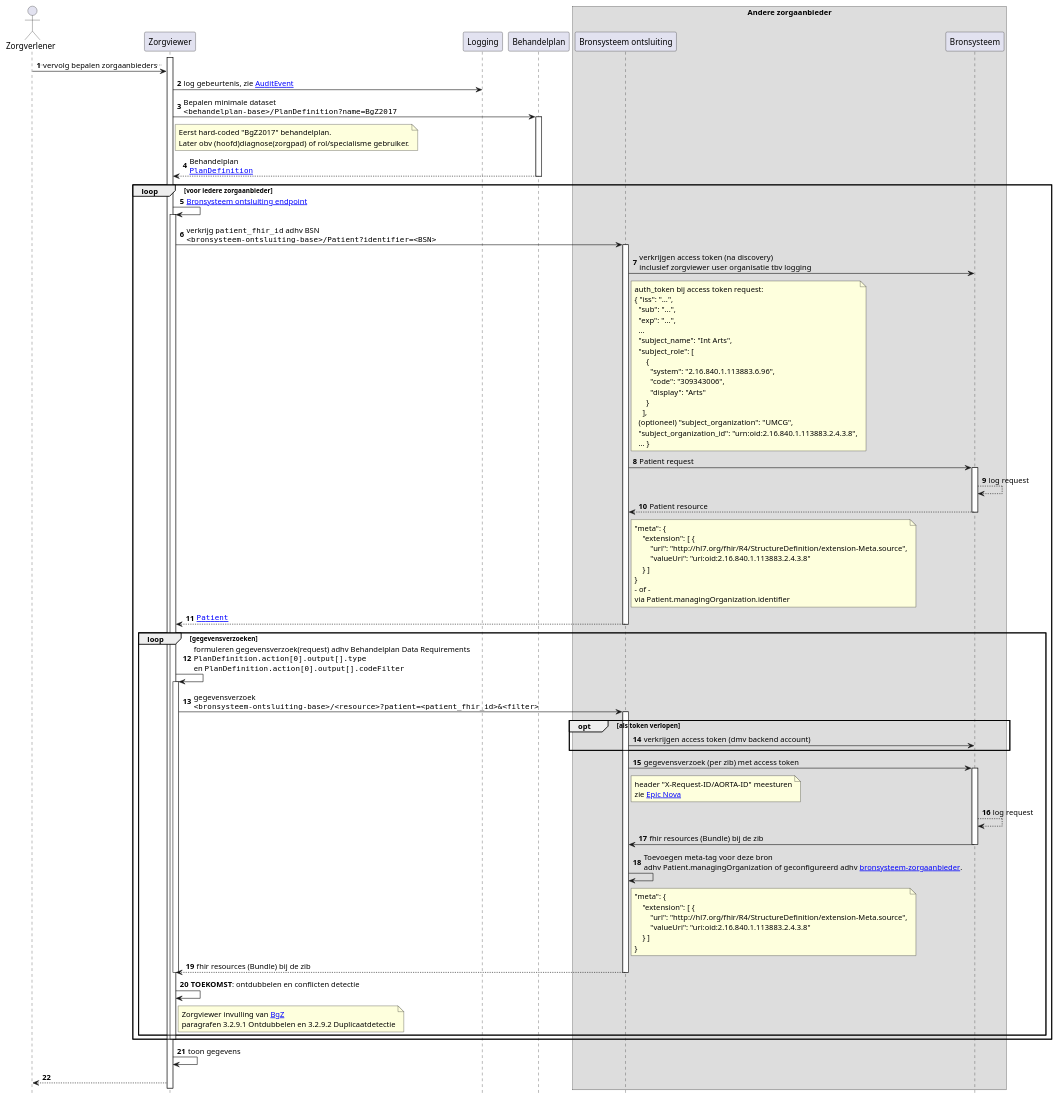
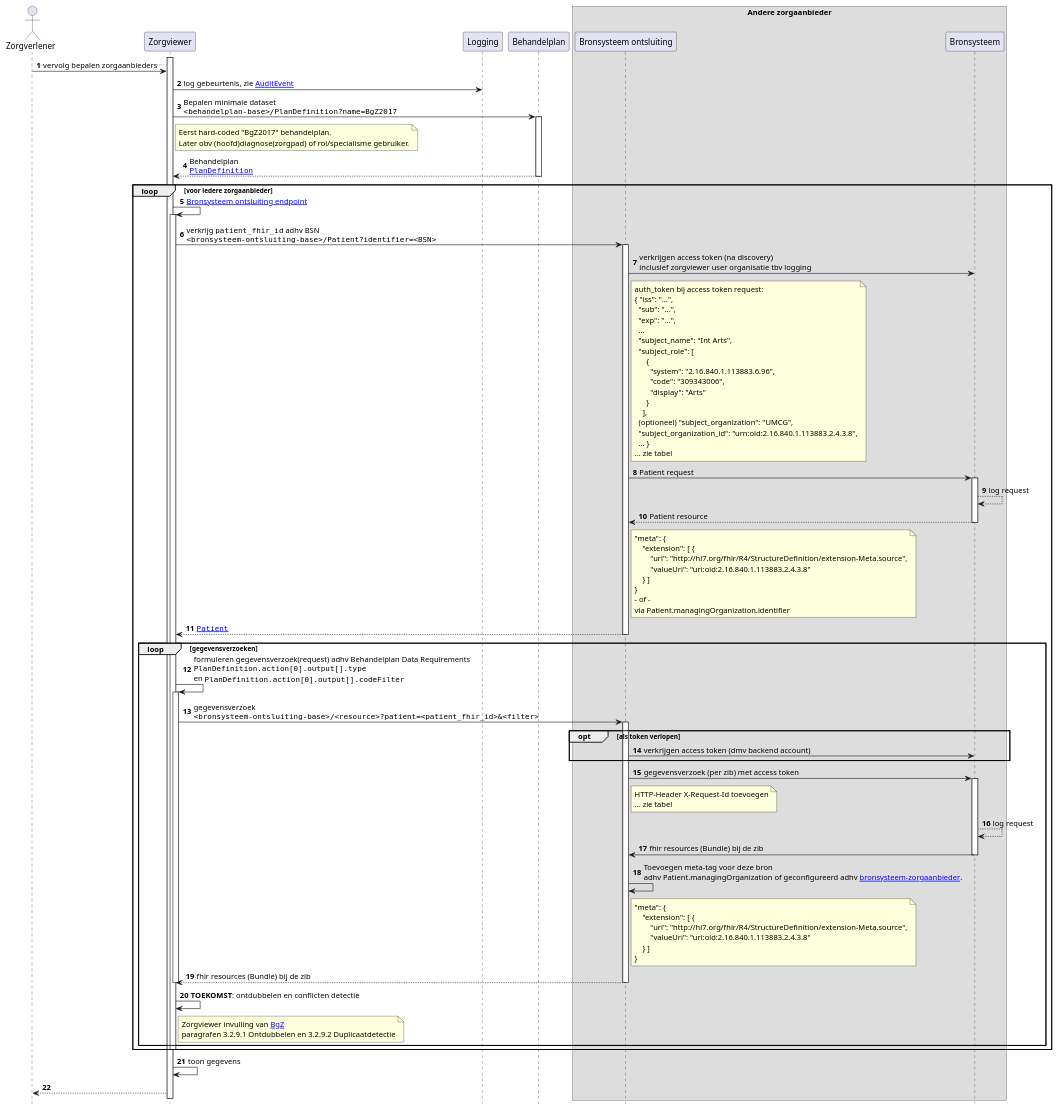
The diagram in input/images-source/Zorgviewer-seq-3.plantuml (RIVO-Noord/zorgviewer-ig), drawn with PlantUML before and after one commit. The commit also changed 1 other file, not shown here.

Commit message:
https://dev.azure.com/UMCG-MIT/Zorgviewer/_workitems/edit/176861

```diff
--- a/input/images-source/Zorgviewer-seq-3.plantuml
+++ b/input/images-source/Zorgviewer-seq-3.plantuml
@@ -1,107 +1,108 @@
 @startuml
 hide footbox
 autonumber
 
 actor Zorgverlener
 participant Zorgviewer
 participant Logging
 participant Behandelplan
 box "Andere zorgaanbieder"
 participant "Bronsysteem ontsluiting" as Bron
 participant Bronsysteem
 end box
 
 activate Zorgviewer
 Zorgverlener->Zorgviewer: ..vervolg bepalen zorgaanbieders..
 Zorgviewer->Logging: log gebeurtenis, zie [[StructureDefinition-AuditEvent.html AuditEvent]]
 Zorgviewer->Behandelplan: Bepalen minimale dataset\n""<behandelplan-base>/PlanDefinition?name=BgZ2017""
 note right Zorgviewer
   Eerst hard-coded "BgZ2017" behandelplan.
   Later obv (hoofd)diagnose(zorgpad) of rol/specialisme gebruiker.
 end note
 activate Behandelplan
 Behandelplan-->Zorgviewer: Behandelplan\n""[[StructureDefinition-PlanDefinition.html PlanDefinition]]""
 deactivate Behandelplan
 loop voor iedere zorgaanbieder
   Zorgviewer->Zorgviewer: [[Endpoint-UMCG.html Bronsysteem ontsluiting endpoint]]
   activate Zorgviewer
   Zorgviewer->Bron : verkrijg ""patient_fhir_id"" adhv BSN\n""<bronsysteem-ontsluiting-base>/Patient?identifier=<BSN>""
   activate Bron
   Bron->Bronsysteem : verkrijgen access token (na discovery)\ninclusief zorgviewer user organisatie tbv logging
   note right Bron
     auth_token bij access token request:
     { "iss": "...",
       "sub": "...",
       "exp": "...",
       ...
       "subject_name": "Int Arts",
       "subject_role": [ 
           { 
             "system": "2.16.840.1.113883.6.96", 
             "code": "309343006", 
             "display": "Arts" 
           } 
         ],
       (optioneel) "subject_organization": "UMCG",
       "subject_organization_id": "urn:oid:2.16.840.1.113883.2.4.3.8",
-      ... }    
+      ... }
+    ... zie tabel
   end note
   Bron->Bronsysteem : Patient request
   activate Bronsysteem
   Bronsysteem-->Bronsysteem: log request
   Bronsysteem-->Bron : Patient resource
   note right Bron
 "meta": {
     "extension": [ {
         "url": "http://hl7.org/fhir/R4/StructureDefinition/extension-Meta.source",
         "valueUri": "uri:oid:2.16.840.1.113883.2.4.3.8"
     } ]
 }
 - of -
 via Patient.managingOrganization.identifier
   end note
   deactivate Bronsysteem
   Bron-->Zorgviewer : ""[[StructureDefinition-Patient.html Patient]]""
   deactivate Bron
   loop gegevensverzoeken
     Zorgviewer->Zorgviewer: formuleren gegevensverzoek(request) adhv Behandelplan Data Requirements\n""PlanDefinition.action[0].output[].type""\nen ""PlanDefinition.action[0].output[].codeFilter""
     activate Zorgviewer
     Zorgviewer->Bron: gegevensverzoek\n""<bronsysteem-ontsluiting-base>/<resource>?patient=<patient_fhir_id>&<filter>""
     activate Bron
     opt als token verlopen
       Bron->Bronsysteem : verkrijgen access token (dmv backend account)
     end opt
     Bron->Bronsysteem : gegevensverzoek (per zib) met access token
     note right Bron
-        header "X-Request-ID/AORTA-ID" meesturen
-        zie [[https://nova.epic.com/Search.aspx?CstID=2#SearchTerm=818072 Epic Nova]]
+        HTTP-Header X-Request-Id toevoegen
+        ... zie tabel
     end note
     activate Bronsysteem
     Bronsysteem-->Bronsysteem: log request
     Bronsysteem->Bron: fhir resources (Bundle) bij de zib
     deactivate Bronsysteem
     Bron->Bron: Toevoegen meta-tag voor deze bron\nadhv Patient.managingOrganization of geconfigureerd adhv [[CodeSystem-bronsysteem-zorgaanbieder.html bronsysteem-zorgaanbieder]].
     note right Bron
 "meta": {
     "extension": [ {
         "url": "http://hl7.org/fhir/R4/StructureDefinition/extension-Meta.source",
         "valueUri": "uri:oid:2.16.840.1.113883.2.4.3.8"
     } ]
 }
     end note
     Bron-->Zorgviewer: fhir resources (Bundle) bij de zib
     deactivate Bron
     deactivate Zorgviewer
     Zorgviewer->Zorgviewer: **TOEKOMST**: ontdubbelen en conflicten detectie
     note right of Zorgviewer
       Zorgviewer invulling van [[https://informatiestandaarden.nictiz.nl/wiki/BgZ:V1.0_BgZ_MSZ_Informatiestandaard BgZ]] 
       paragrafen 3.2.9.1 Ontdubbelen en 3.2.9.2 Duplicaatdetectie
     end note
   end
   deactivate Zorgviewer
 end
 
 Zorgviewer->Zorgviewer: toon gegevens
 Zorgviewer-->Zorgverlener
 
 @enduml
```
